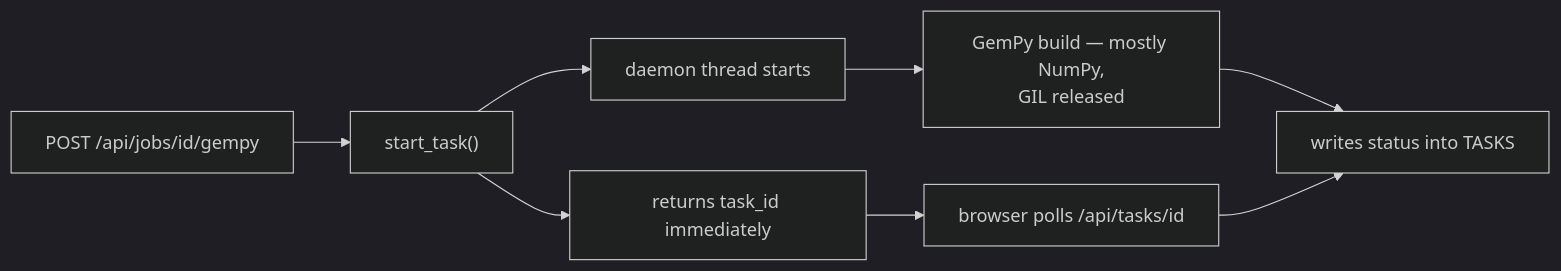
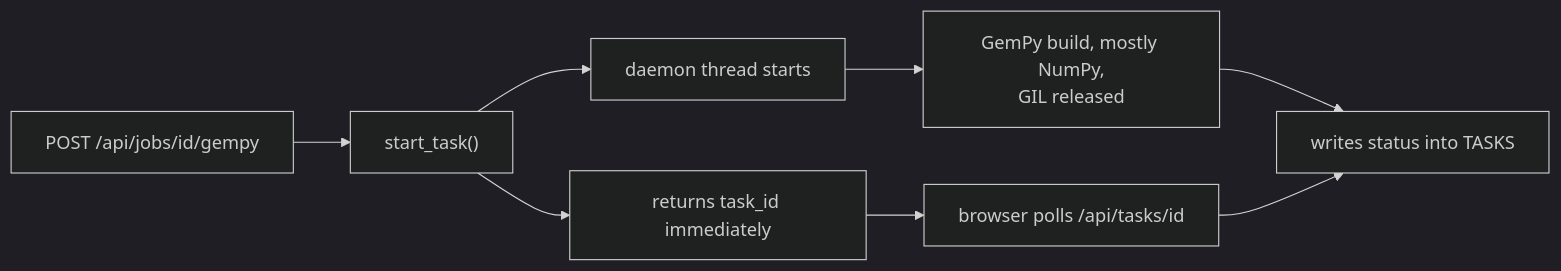
Before and after one commit to jennarbates/StratigraphyGenerator: the diagram in docs/cs/threads-and-the-gil.md, drawn with Mermaid (dark theme). The commit also changed other lines of this file and 309 other files, not shown here.

````diff
--- a/docs/cs/threads-and-the-gil.md
+++ b/docs/cs/threads-and-the-gil.md
@@ -40,10 +40,10 @@
 ```mermaid
 flowchart LR
   R["POST /api/jobs/id/gempy"] --> S["start_task()"]
   S --> T["daemon thread starts"]
   S --> Ret["returns task_id immediately"]
   Ret --> B["browser polls /api/tasks/id"]
-  T --> W["GemPy build — mostly NumPy,<br/>GIL released"]
+  T --> W["GemPy build, mostly NumPy,<br/>GIL released"]
   W --> U["writes status into TASKS"]
   B --> U
 ```
````
